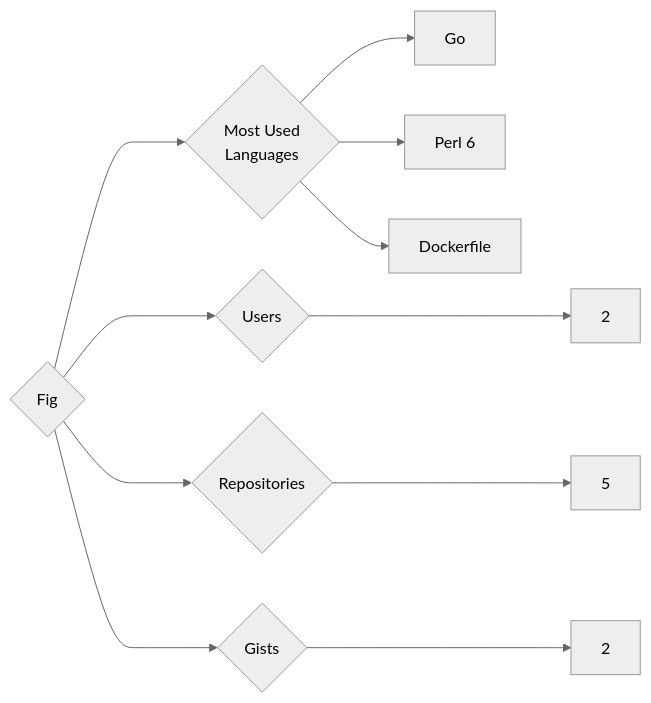
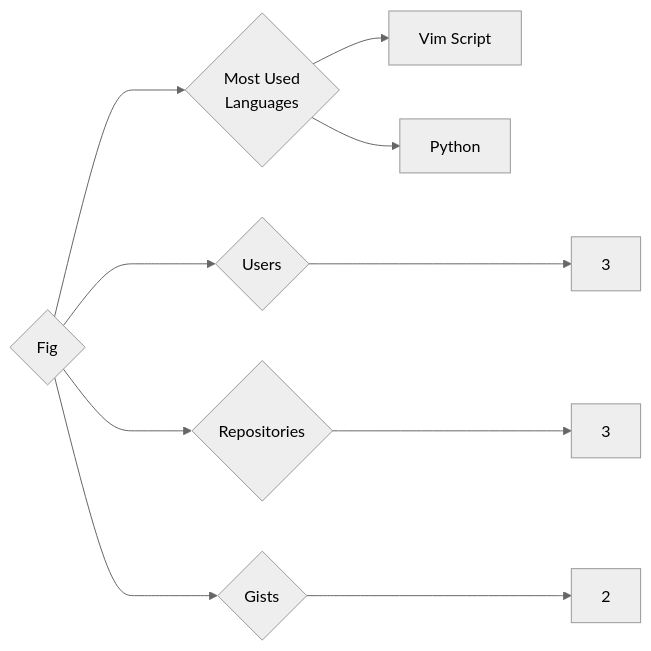
The diagram in targets/Fig/README.md (trickest/insiders), drawn with Mermaid (neutral theme) before and after one commit. The commit also changed 1166 other files, not shown here.

````diff
--- a/targets/Fig/README.md
+++ b/targets/Fig/README.md
@@ -3,11 +3,10 @@
 ```mermaid
 graph LR
 COMPANY_NAME{Fig}
-COMPANY_NAME ---> U{Users} ---> UN[2]
-COMPANY_NAME ---> R{Repositories} ---> RN[5]
+COMPANY_NAME ---> U{Users} ---> UN[3]
+COMPANY_NAME ---> R{Repositories} ---> RN[3]
 COMPANY_NAME ---> G{Gists} ---> GN[2]
 COMPANY_NAME ---> ML{Most Used<br>Languages}
-ML --> Go[Go]
-ML --> Perl_6[Perl 6]
-ML --> Dockerfile[Dockerfile]
+ML --> Vim_Script[Vim Script]
+ML --> Python[Python]
 ```
````
